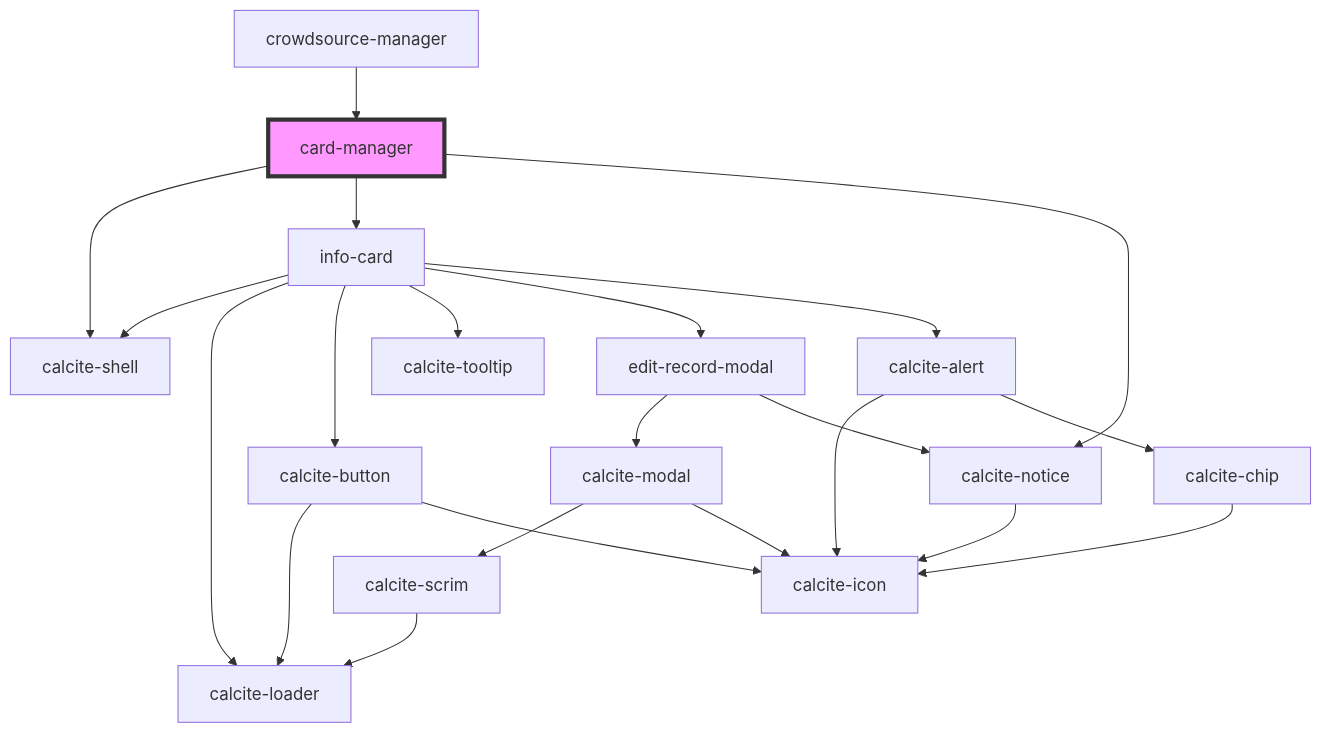
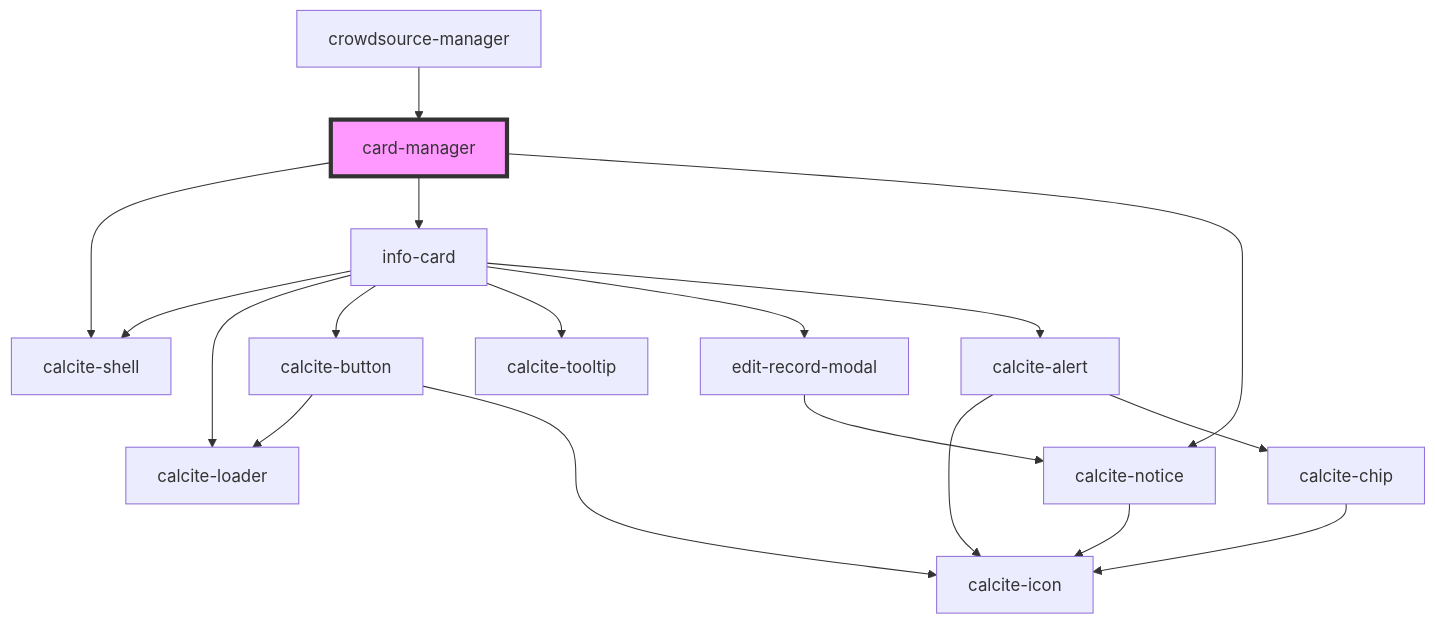
The diagram in src/components/card-manager/readme.md (Esri/solutions-components), drawn with Mermaid before and after one commit. The commit also changed 8 other files, not shown here.

Commit message:
move edit from modal

````diff
--- a/src/components/card-manager/readme.md
+++ b/src/components/card-manager/readme.md
@@ -29,25 +29,21 @@
 ```mermaid
 graph TD;
   card-manager --> calcite-shell
   card-manager --> info-card
   card-manager --> calcite-notice
   info-card --> calcite-shell
   info-card --> calcite-loader
   info-card --> calcite-button
   info-card --> calcite-tooltip
   info-card --> edit-record-modal
   info-card --> calcite-alert
   calcite-button --> calcite-loader
   calcite-button --> calcite-icon
-  edit-record-modal --> calcite-modal
   edit-record-modal --> calcite-notice
-  calcite-modal --> calcite-scrim
-  calcite-modal --> calcite-icon
-  calcite-scrim --> calcite-loader
   calcite-notice --> calcite-icon
   calcite-alert --> calcite-icon
   calcite-alert --> calcite-chip
   calcite-chip --> calcite-icon
   crowdsource-manager --> card-manager
   style card-manager fill:#f9f,stroke:#333,stroke-width:4px
 ```
````
